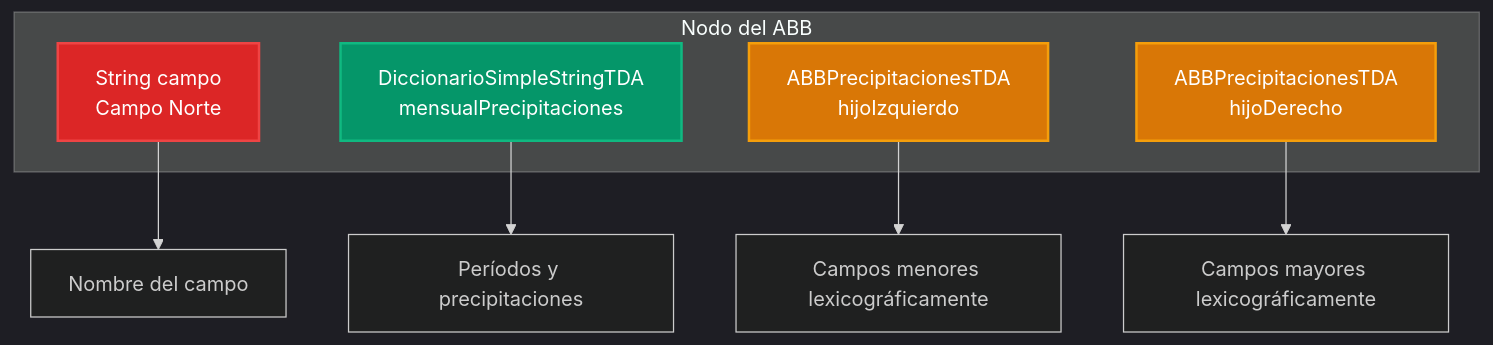
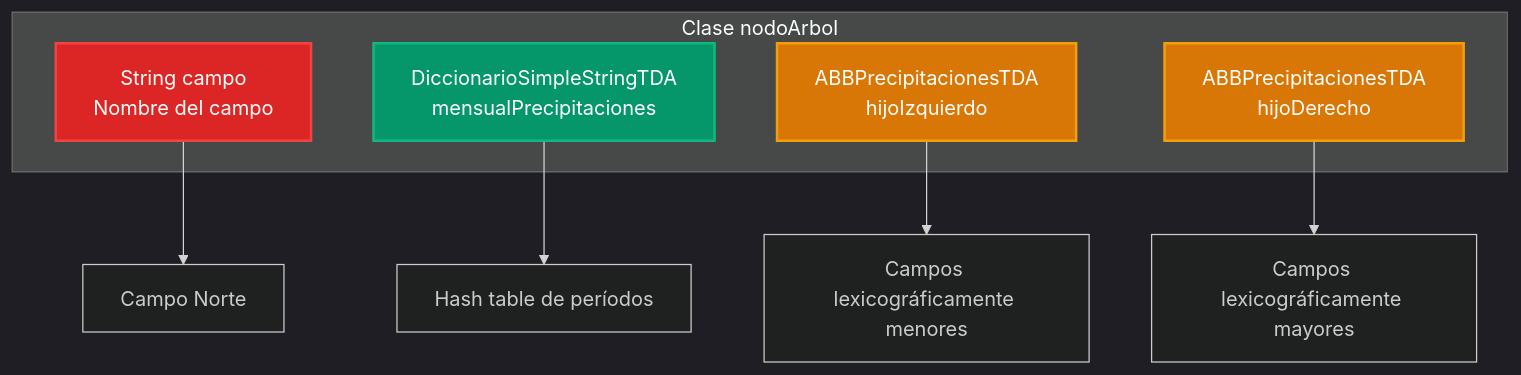
Before and after one commit to pybalt/algo2: the second of 17 diagrams in tp-final/README_IMPLEMENTACIONES.md, drawn with Mermaid. The commit also changed other lines of this file, not shown here.

Commit message:
Revise README_IMPLEMENTACIONES.md to update data structure descriptions, enhance diagram clarity, and improve overall organization. Key changes include restructuring sections on data hierarchies, refining hash table explanations, and optimizing visual elements for better readability.

````diff
--- a/tp-final/README_IMPLEMENTACIONES.md
+++ b/tp-final/README_IMPLEMENTACIONES.md
@@ -51,20 +55,20 @@
 ```mermaid
 %%{init: {'theme':'dark'}}%%
 graph TD
-    subgraph "Nodo del ABB"
-        A[String campo<br/>Campo Norte]
-        B[DiccionarioSimpleStringTDA<br/>mensualPrecipitaciones]
-        C[ABBPrecipitacionesTDA<br/>hijoIzquierdo]
-        D[ABBPrecipitacionesTDA<br/>hijoDerecho]
+    subgraph "Clase nodoArbol"
+        A["String campo<br/>Nombre del campo"]
+        B["DiccionarioSimpleStringTDA<br/>mensualPrecipitaciones"]
+        C["ABBPrecipitacionesTDA<br/>hijoIzquierdo"]
+        D["ABBPrecipitacionesTDA<br/>hijoDerecho"]
     end
     
-    A --> E[Nombre del campo]
-    B --> F[Períodos y precipitaciones]
-    C --> G[Campos menores lexicográficamente]
-    D --> H[Campos mayores lexicográficamente]
+    A --> E["Campo Norte"]
+    B --> F["Hash table de períodos"]
+    C --> G["Campos lexicográficamente menores"]
+    D --> H["Campos lexicográficamente mayores"]
     
     style A fill:#dc2626,stroke:#ef4444,stroke-width:2px,color:#fff
     style B fill:#059669,stroke:#10b981,stroke-width:2px,color:#fff
     style C fill:#d97706,stroke:#f59e0b,stroke-width:2px,color:#fff
     style D fill:#d97706,stroke:#f59e0b,stroke-width:2px,color:#fff
 ```
````
